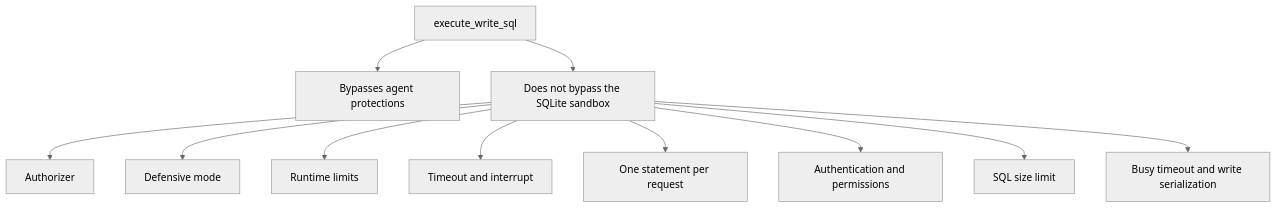
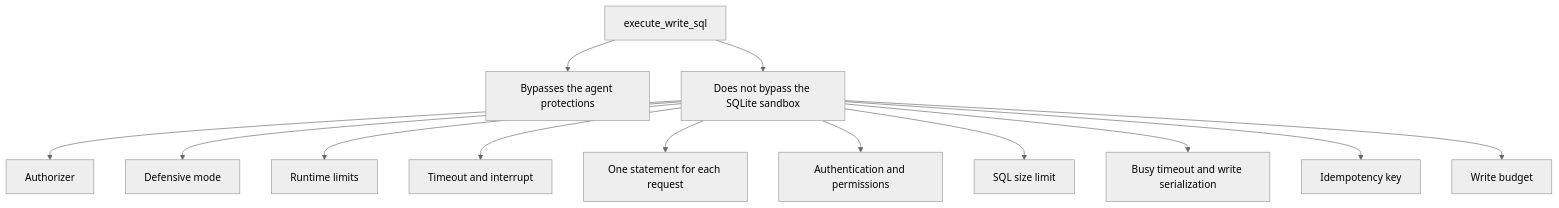
The diagram in .lode/plans/design/raw-writes.md (xakpc/sqlite-mcp-sidecar), drawn with Mermaid (neutral theme) before and after one commit. The commit also changed other lines of this file and 28 other files, not shown here.

````diff
--- a/.lode/plans/design/raw-writes.md
+++ b/.lode/plans/design/raw-writes.md
@@ -53,13 +59,15 @@
 ```mermaid
 flowchart TD
-    raw[execute_write_sql] --> ok[Bypasses agent protections]
+    raw[execute_write_sql] --> ok[Bypasses the agent protections]
     raw --> no[Does not bypass the SQLite sandbox]
     no --> a[Authorizer]
     no --> b[Defensive mode]
     no --> c[Runtime limits]
     no --> d[Timeout and interrupt]
-    no --> e[One statement per request]
+    no --> e[One statement for each request]
     no --> f[Authentication and permissions]
     no --> g[SQL size limit]
     no --> h[Busy timeout and write serialization]
+    no --> i[Idempotency key]
+    no --> j[Write budget]
 ```
````
